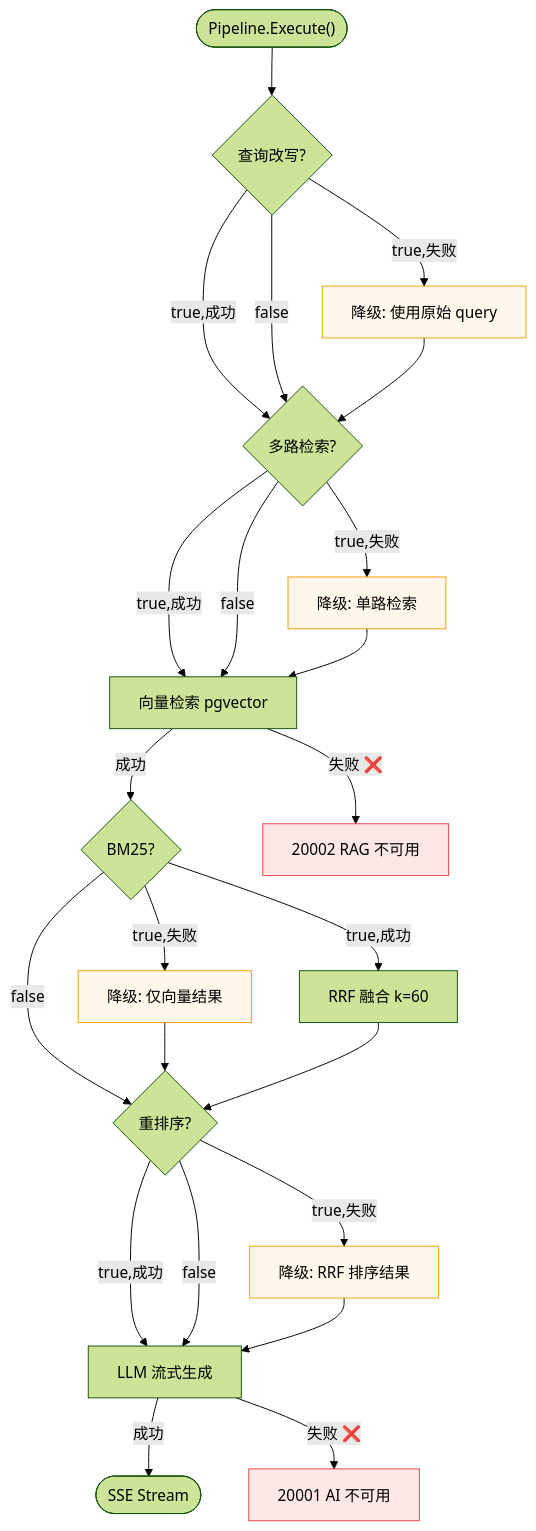
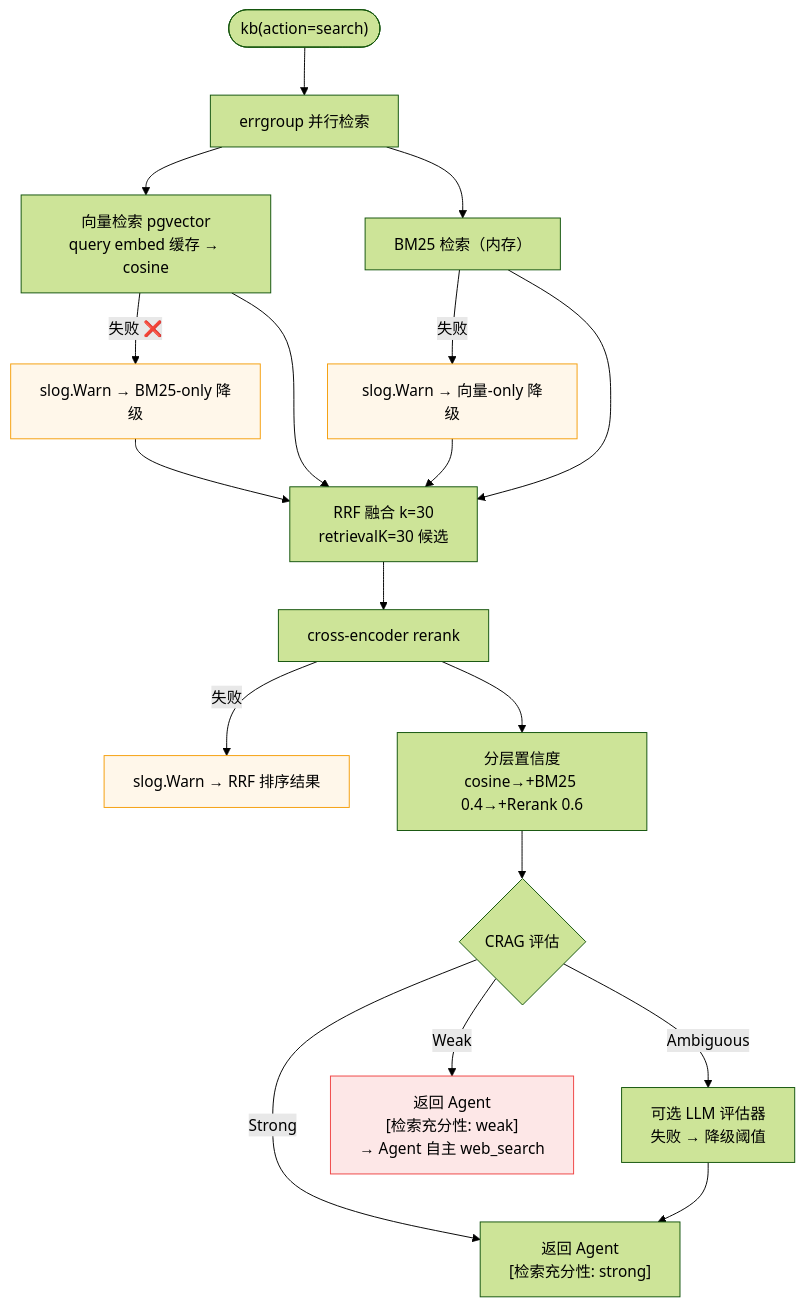
The tenth of 11 diagrams in docs/TECH.md (int2t05/Cognik), drawn with Mermaid (forest theme) before and after one commit. The commit also changed other lines of this file and 16 other files, not shown here.

````diff
--- a/docs/TECH.md
+++ b/docs/TECH.md
@@ -361,32 +363,25 @@
 ```mermaid
 flowchart TD
-    Start(["Pipeline.Execute()"]) --> QR{"查询改写?"}
-    QR -->|true,成功| MR{"多路检索?"}
-    QR -->|true,失败| QR_DG["降级: 使用原始 query"]
-    QR -->|false| MR
-    QR_DG --> MR
-    MR -->|true,成功| VR["向量检索 pgvector"]
-    MR -->|true,失败| VR_DG["降级: 单路检索"]
-    MR -->|false| VR
-    VR_DG --> VR
-    VR -->|成功| BM{"BM25?"}
-    VR -->|失败 ❌| VRFail["20002 RAG 不可用"]
-    BM -->|true,成功| FUSE["RRF 融合 k=60"]
-    BM -->|true,失败| BM_DG["降级: 仅向量结果"]
-    BM -->|false| RR
-    BM_DG --> RR{"重排序?"}
-    FUSE --> RR
-    RR -->|true,成功| LLM["LLM 流式生成"]
-    RR -->|true,失败| RR_DG["降级: RRF 排序结果"]
-    RR -->|false| LLM
-    RR_DG --> LLM
-    LLM -->|成功| Done(["SSE Stream"])
-    LLM -->|失败 ❌| LLMFail["20001 AI 不可用"]
+    Start(["kb(action=search)"]) --> PAR["errgroup 并行检索"]
+    PAR --> VEC["向量检索 pgvector<br/>query embed 缓存 → cosine"]
+    PAR --> BM25["BM25 检索（内存）"]
+    VEC -->|失败 ❌| VEC_DG["slog.Warn → BM25-only 降级"]
+    BM25 -->|失败| BM_DG["slog.Warn → 向量-only 降级"]
+    VEC --> FUSE["RRF 融合 k=30<br/>retrievalK=30 候选"]
+    BM25 --> FUSE
+    VEC_DG --> FUSE
+    BM_DG --> FUSE
+    FUSE --> RR["cross-encoder rerank"]
+    RR -->|失败| RR_DG["slog.Warn → RRF 排序结果"]
+    RR --> CONF["分层置信度<br/>cosine→+BM25 0.4→+Rerank 0.6"]
+    CONF --> CRAG{"CRAG 评估"}
+    CRAG -->|Strong| OK["返回 Agent<br/>[检索充分性: strong]"]
+    CRAG -->|Weak| WEAK["返回 Agent<br/>[检索充分性: weak]<br/>→ Agent 自主 web_search"]
+    CRAG -->|Ambiguous| AMB["可选 LLM 评估器<br/>失败 → 降级阈值"]
+    AMB --> OK
 
-    style VRFail fill:#ef444420,stroke:#ef4444
-    style LLMFail fill:#ef444420,stroke:#ef4444
-    style QR_DG fill:#f59e0b15,stroke:#f59e0b
-    style VR_DG fill:#f59e0b15,stroke:#f59e0b
+    style VEC_DG fill:#f59e0b15,stroke:#f59e0b
     style BM_DG fill:#f59e0b15,stroke:#f59e0b
     style RR_DG fill:#f59e0b15,stroke:#f59e0b
+    style WEAK fill:#ef444420,stroke:#ef4444
 ```
````
